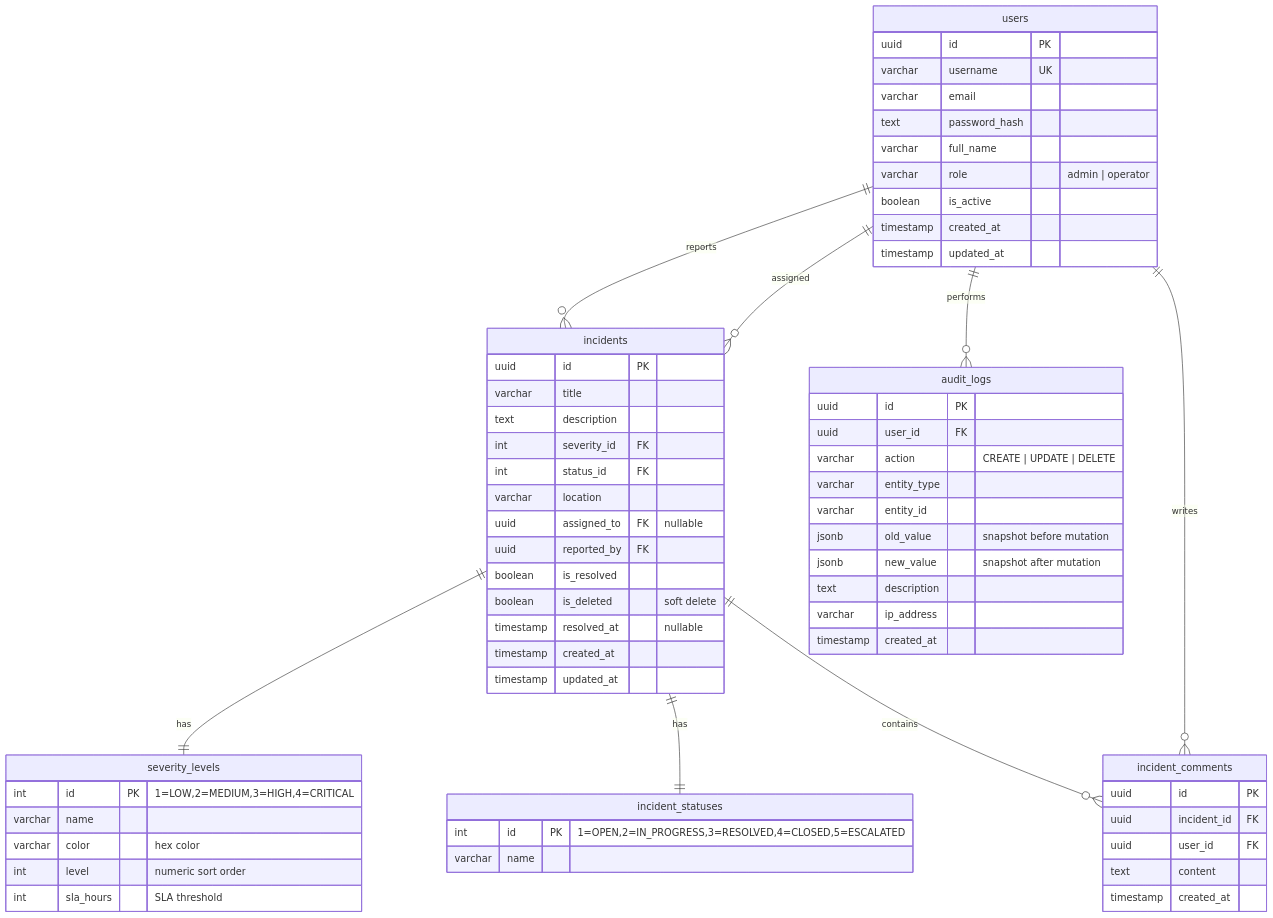
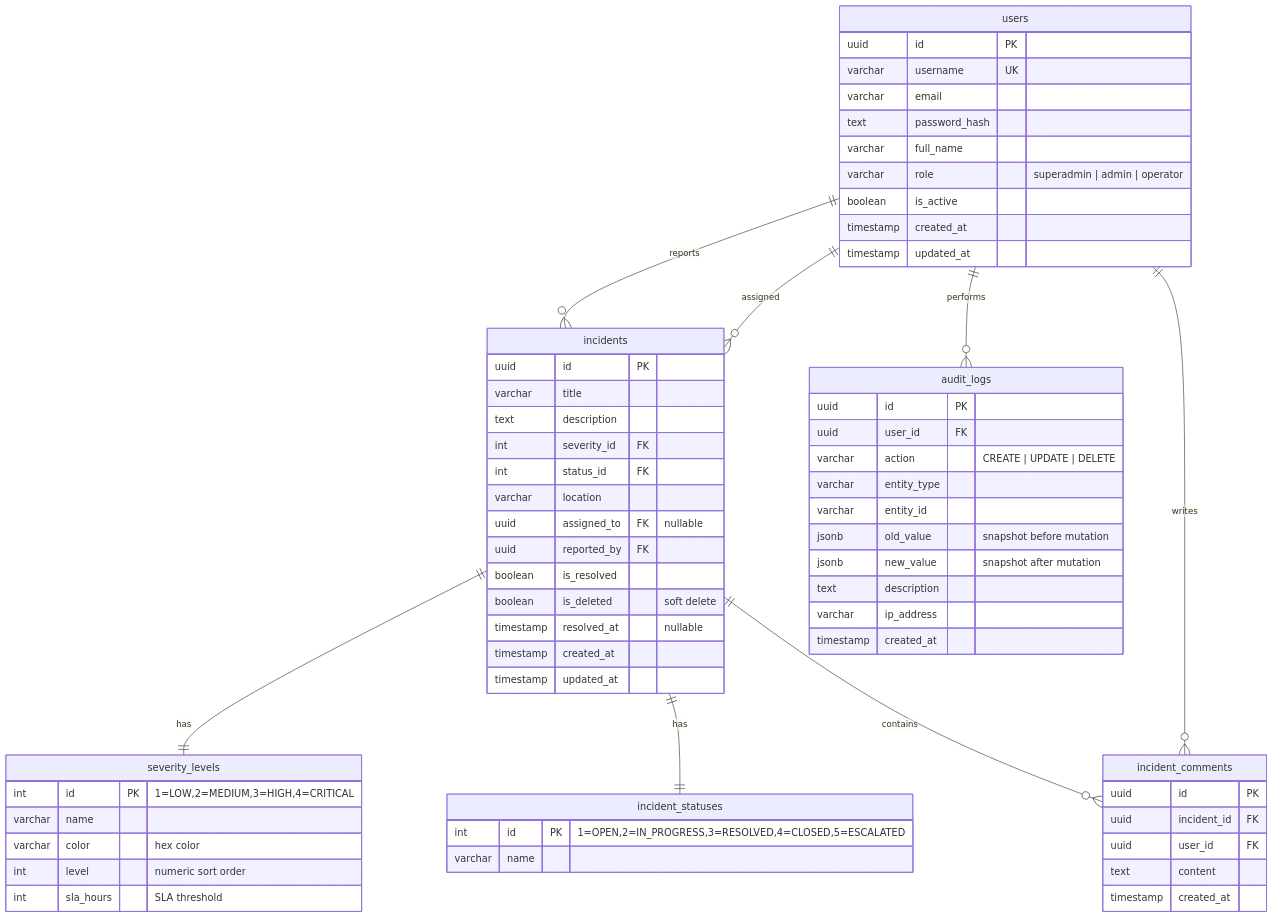
The third of 6 diagrams in TECHNICAL_DOCUMENTATION.md (ffauziee/greenfields-SentraLog-IMS), drawn with Mermaid before and after one commit. The commit also changed other lines of this file and 20 other files, not shown here.

Commit message:
feat: implement initial full-stack architecture including auth, audit logging, and core frontend dashboard pages

````diff
--- a/TECHNICAL_DOCUMENTATION.md
+++ b/TECHNICAL_DOCUMENTATION.md
@@ -524,72 +524,72 @@
 ```mermaid
 erDiagram
     users {
         uuid id PK
         varchar username UK
         varchar email
         text password_hash
         varchar full_name
-        varchar role "admin | operator"
+        varchar role "superadmin | admin | operator"
         boolean is_active
         timestamp created_at
         timestamp updated_at
     }
 
     incidents {
         uuid id PK
         varchar title
         text description
         int severity_id FK
         int status_id FK
         varchar location
         uuid assigned_to FK "nullable"
         uuid reported_by FK
         boolean is_resolved
         boolean is_deleted "soft delete"
         timestamp resolved_at "nullable"
         timestamp created_at
         timestamp updated_at
     }
 
     severity_levels {
         int id PK "1=LOW,2=MEDIUM,3=HIGH,4=CRITICAL"
         varchar name
         varchar color "hex color"
         int level "numeric sort order"
         int sla_hours "SLA threshold"
     }
 
     incident_statuses {
         int id PK "1=OPEN,2=IN_PROGRESS,3=RESOLVED,4=CLOSED,5=ESCALATED"
         varchar name
     }
 
     incident_comments {
         uuid id PK
         uuid incident_id FK
         uuid user_id FK
         text content
         timestamp created_at
     }
 
     audit_logs {
         uuid id PK
         uuid user_id FK
         varchar action "CREATE | UPDATE | DELETE"
         varchar entity_type
         varchar entity_id
         jsonb old_value "snapshot before mutation"
         jsonb new_value "snapshot after mutation"
         text description
         varchar ip_address
         timestamp created_at
     }
 
     users ||--o{ incidents : "reports"
     users ||--o{ incidents : "assigned"
     incidents ||--|| severity_levels : "has"
     incidents ||--|| incident_statuses : "has"
     incidents ||--o{ incident_comments : "contains"
     users ||--o{ incident_comments : "writes"
     users ||--o{ audit_logs : "performs"
 ```
````
